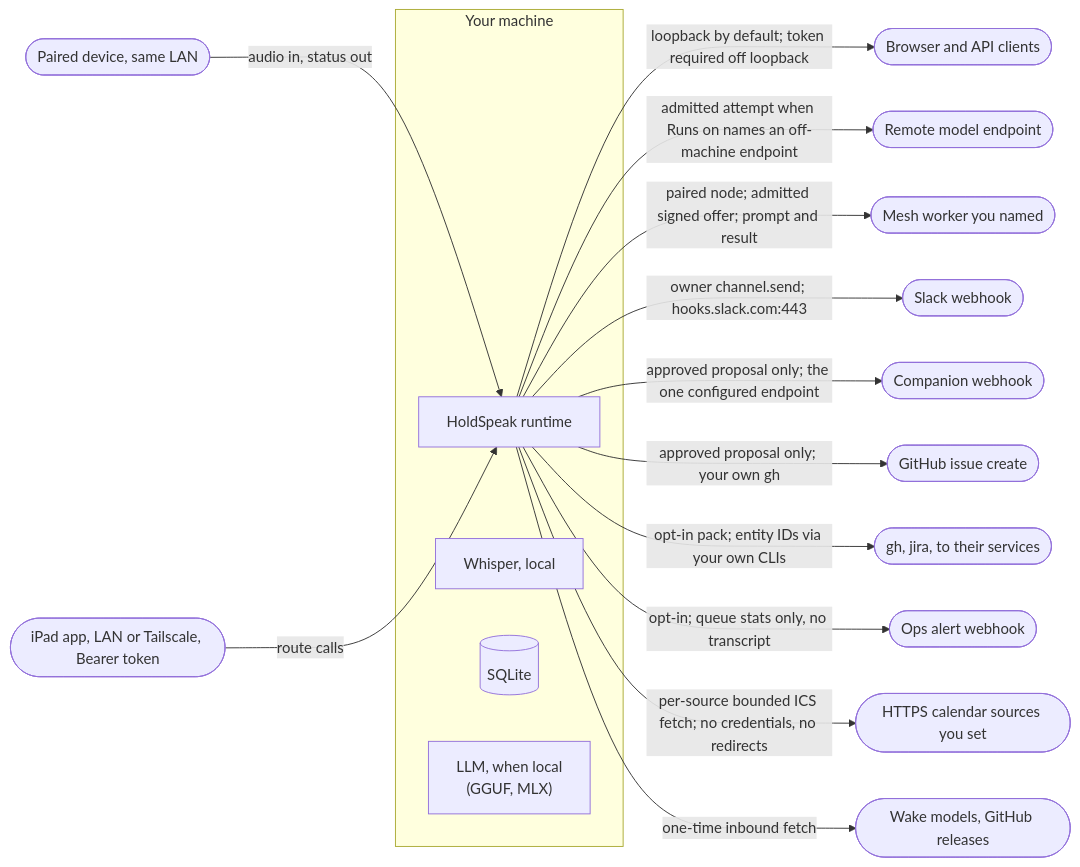
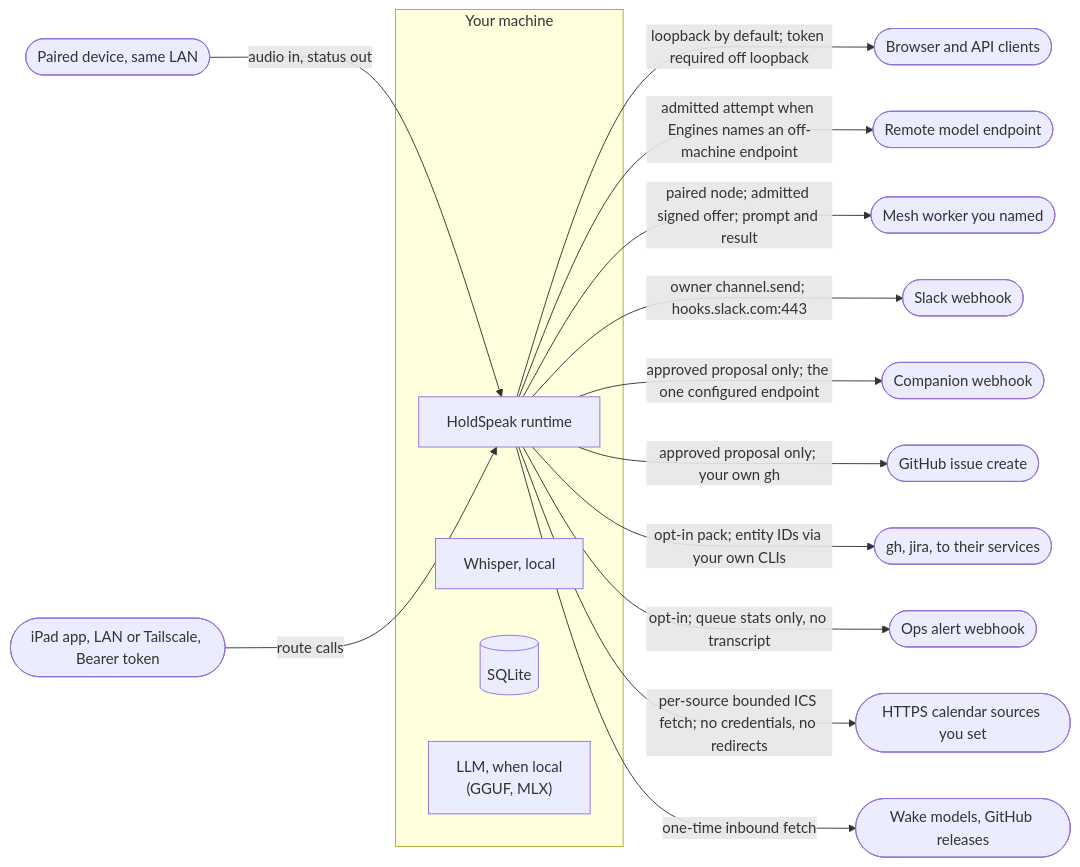
One commit to karolswdev/HoldSpeak changed the eighth of 8 diagrams in docs/ARCHITECTURE.md. Above: the diagram before and after it, drawn with Mermaid. The commit also changed other lines of this file and 54 other files, not shown here.

````diff
--- a/docs/ARCHITECTURE.md
+++ b/docs/ARCHITECTURE.md
@@ -579,21 +579,21 @@
 ```mermaid
 flowchart LR
   subgraph machine["Your machine"]
     RT["HoldSpeak runtime"]
     WH["Whisper, local"]
     DB[("SQLite")]
     LL["LLM, when local<br/>(GGUF, MLX)"]
   end
   RT -->|"loopback by default; token required off loopback"| WEB(["Browser and API clients"])
-  RT -->|"admitted attempt when Runs on names an off-machine endpoint"| CLOUD(["Remote model endpoint"])
+  RT -->|"admitted attempt when Engines names an off-machine endpoint"| CLOUD(["Remote model endpoint"])
   RT -->|"paired node; admitted signed offer; prompt and result"| NODE(["Mesh worker you named"])
   RT -->|"owner channel.send; hooks.slack.com:443"| SK(["Slack webhook"])
   RT -->|"approved proposal only; the one configured endpoint"| WHK(["Companion webhook"])
   RT -->|"approved proposal only; your own gh"| GH(["GitHub issue create"])
   RT -->|"opt-in pack; entity IDs via your own CLIs"| CLI(["gh, jira, to their services"])
   RT -->|"opt-in; queue stats only, no transcript"| OPS(["Ops alert webhook"])
   RT -->|"per-source bounded ICS fetch; no credentials, no redirects"| ICS(["HTTPS calendar sources you set"])
   RT -->|"one-time inbound fetch"| WM(["Wake models, GitHub releases"])
   DEVCE(["Paired device, same LAN"]) -->|"audio in, status out"| RT
   IPAD(["iPad app, LAN or Tailscale, Bearer token"]) -->|"route calls"| RT
 ```
````
